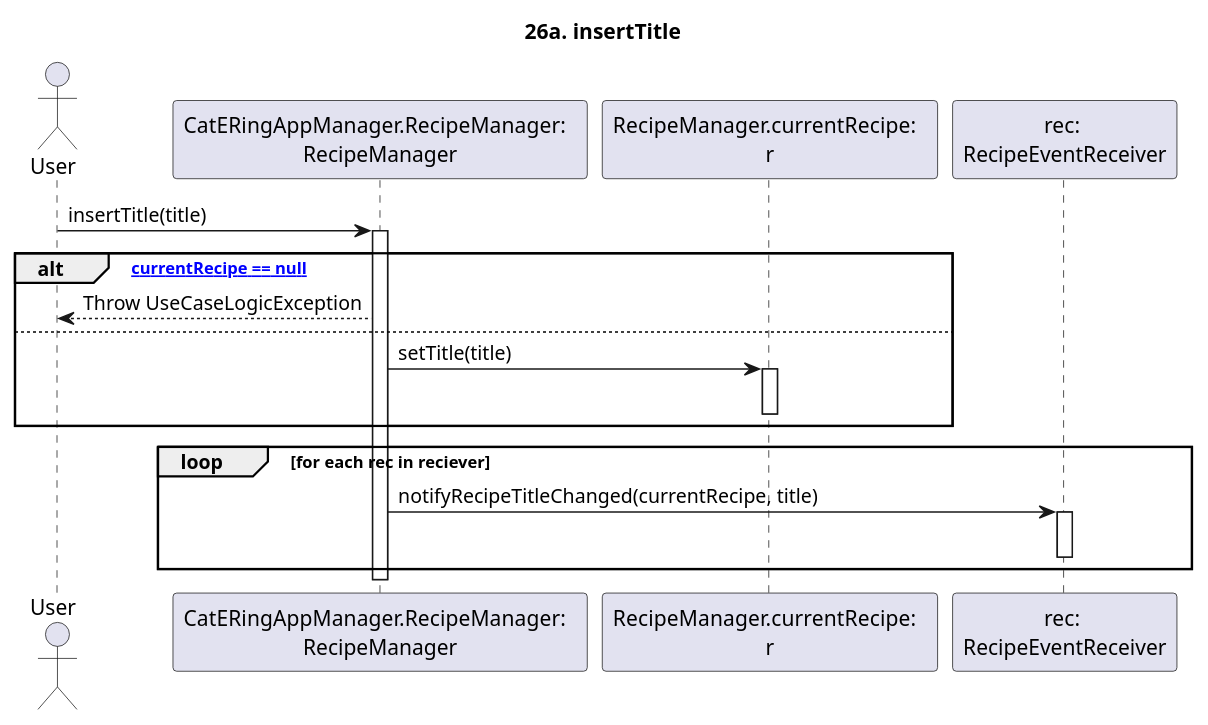
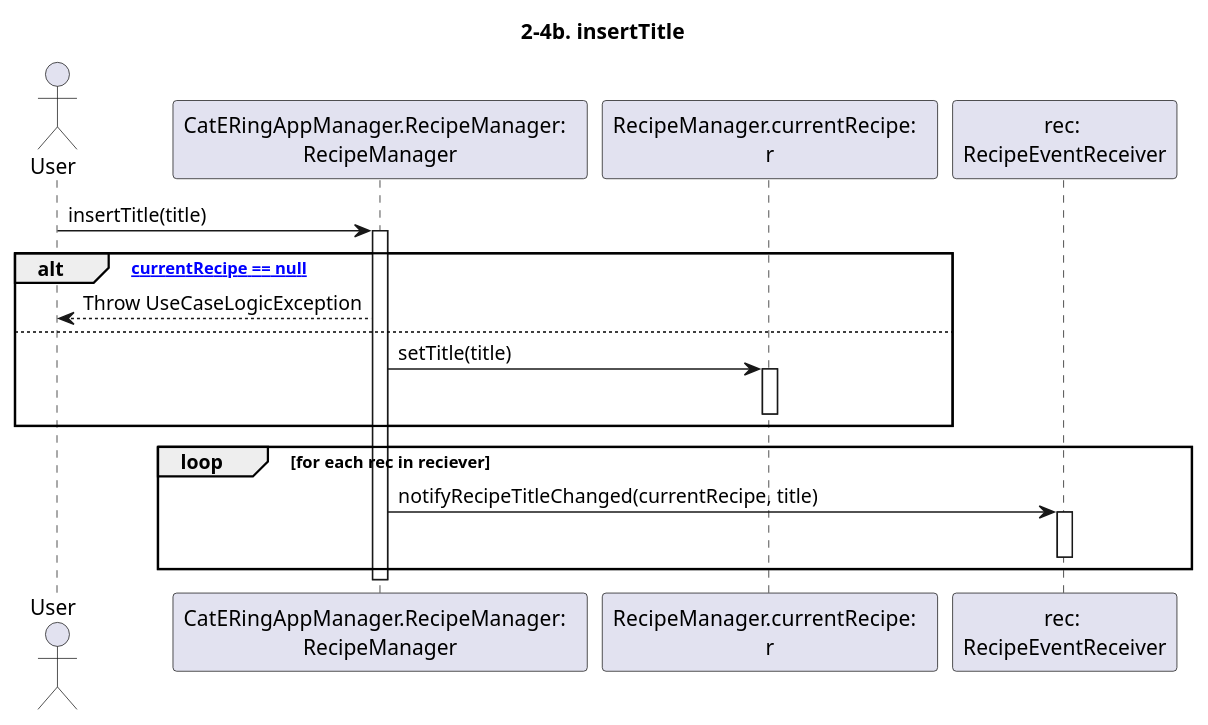
One commit to m0canu1/sas changed the diagram in dsd/dsd-ricette/estensioni/926a-insertTitle.md. Above: the diagram before and after it, drawn with PlantUML. The commit also changed 2 other files, not shown here.

Commit message:
ultimissime correzioni nei dsd

````diff
--- a/dsd/dsd-ricette/estensioni/926a-insertTitle.md
+++ b/dsd/dsd-ricette/estensioni/926a-insertTitle.md
@@ -1,25 +1,25 @@
 ```plantuml
 
-title: 26a. insertTitle
+title: 2-4b. insertTitle
 
 Actor User
 Participant "CatERingAppManager.RecipeManager:  \nRecipeManager" as RM
 Participant "RecipeManager.currentRecipe:  \nr" as CR
 Participant "rec: \nRecipeEventReceiver" as RER
 
 	User -> RM: insertTitle(title)
 	Activate RM
 	alt ["currentRecipe == null"]
 		RM --> User: Throw UseCaseLogicException
 	else
 		RM -> CR: setTitle(title)
 		Activate CR
 		Deactivate CR
 	end
 	loop for each rec in reciever
 		RM -> RER: notifyRecipeTitleChanged(currentRecipe, title)
 		activate RER
 		deactivate RER
 	end
 	Deactivate RM
 ```
````
